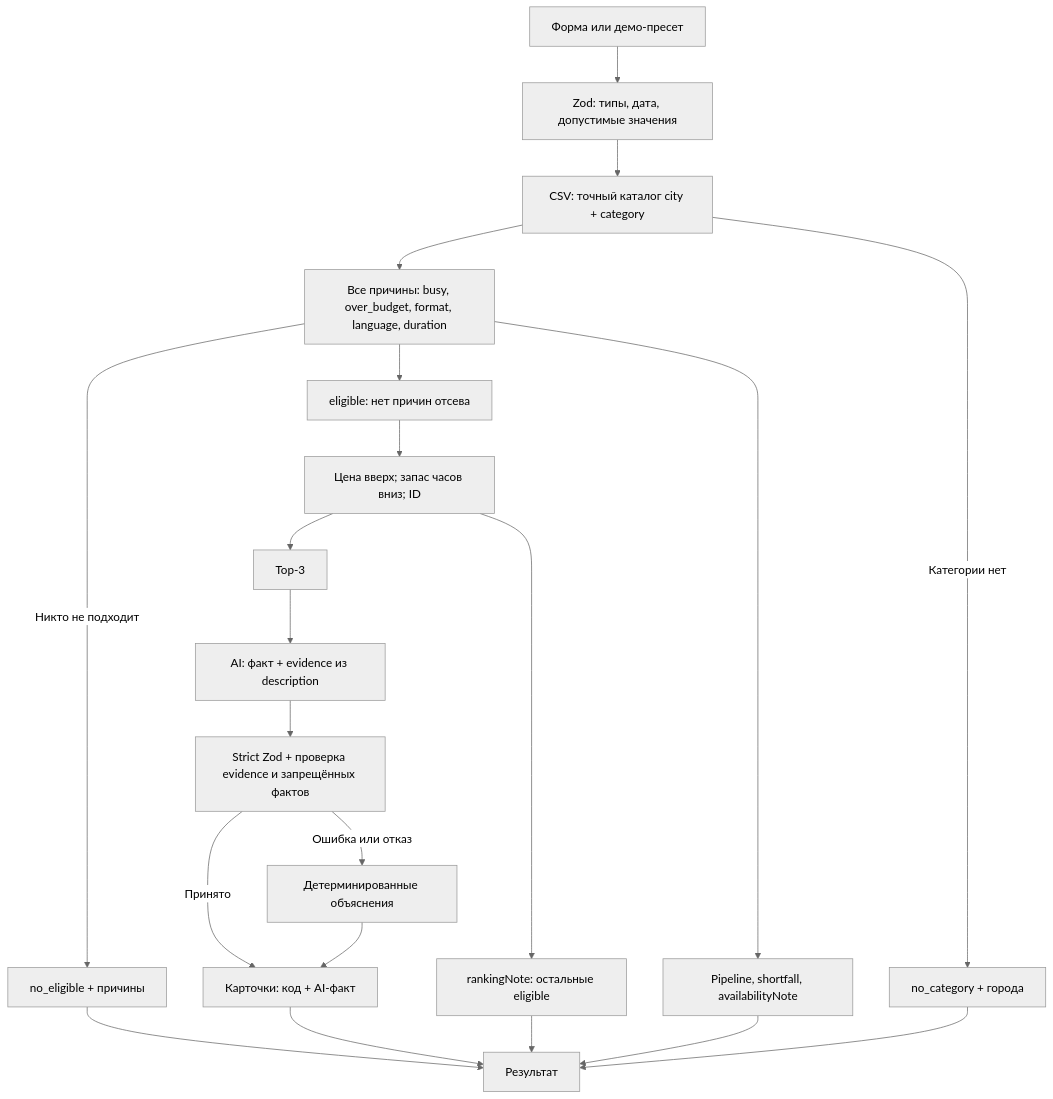
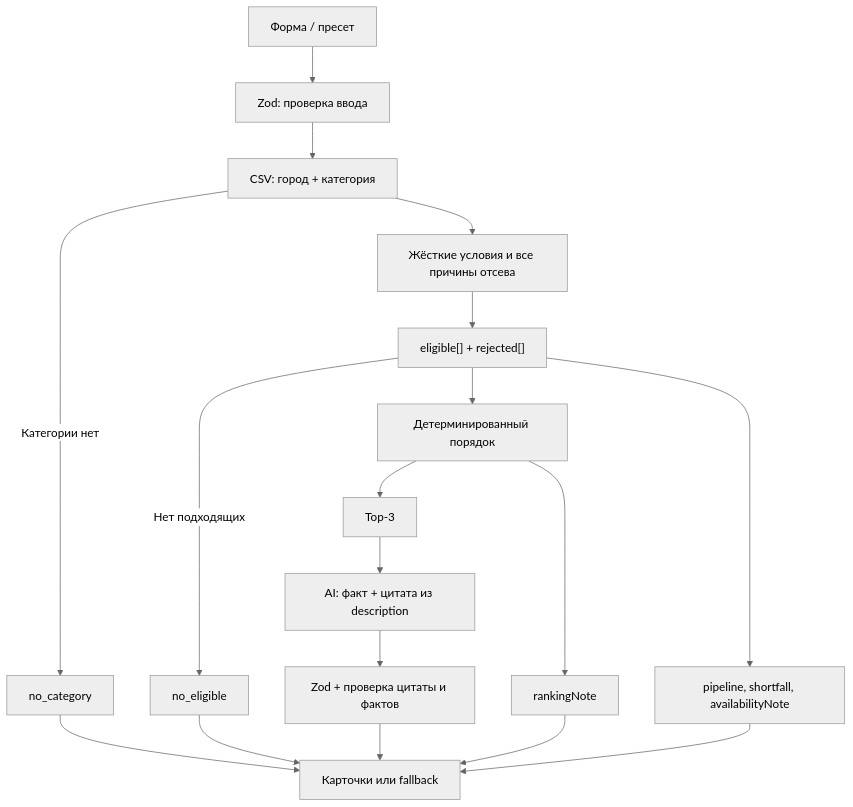
The diagram in README.md (BAITC-Hacks/hack-9ac93bf8-qorgan), drawn with Mermaid (neutral theme) before and after one commit. The commit also changed other lines of this file, not shown here.

````diff
--- a/README.md
+++ b/README.md
@@ -33,23 +47,20 @@
 ```mermaid
 flowchart TD
-  Input["Форма или демо-пресет"] --> Zod["Zod: типы, дата, допустимые значения"]
-  Zod --> Catalog["CSV: точный каталог city + category"]
-  Catalog --> Reasons["Все причины: busy, over_budget, format, language, duration"]
-  Catalog -->|Категории нет| EmptyCategory["no_category + города"]
-  Reasons -->|Никто не подходит| EmptyEligible["no_eligible + причины"]
-  Reasons --> Eligible["eligible: нет причин отсева"]
-  Eligible --> Rank["Цена вверх; запас часов вниз; ID"]
+  Input["Форма / пресет"] --> Zod["Zod: проверка ввода"]
+  Zod --> Catalog["CSV: город + категория"]
+  Catalog -->|Категории нет| NoCategory["no_category"]
+  Catalog --> Filters["Жёсткие условия и все причины отсева"]
+  Filters --> Split["eligible[] + rejected[]"]
+  Split -->|Нет подходящих| NoEligible["no_eligible"]
+  Split --> Rank["Детерминированный порядок"]
   Rank --> Top["Top-3"]
-  Top --> AI["AI: факт + evidence из description"]
-  AI --> Verify["Strict Zod + проверка evidence и запрещённых фактов"]
-  Verify -->|Принято| Cards["Карточки: код + AI-факт"]
-  Verify -->|Ошибка или отказ| Fallback["Детерминированные объяснения"]
-  Fallback --> Cards
-  Reasons --> Notes["Pipeline, shortfall, availabilityNote"]
-  Rank --> RankingNote["rankingNote: остальные eligible"]
-  Notes --> Result["Результат"]
-  RankingNote --> Result
-  Cards --> Result
-  EmptyCategory --> Result
-  EmptyEligible --> Result
+  Top --> AI["AI: факт + цитата из description"]
+  AI --> Verify["Zod + проверка цитаты и фактов"]
+  Verify --> Result["Карточки или fallback"]
+  Split --> Notes["pipeline, shortfall, availabilityNote"]
+  Rank --> More["rankingNote"]
+  Notes --> Result
+  More --> Result
+  NoCategory --> Result
+  NoEligible --> Result
 ```
````
